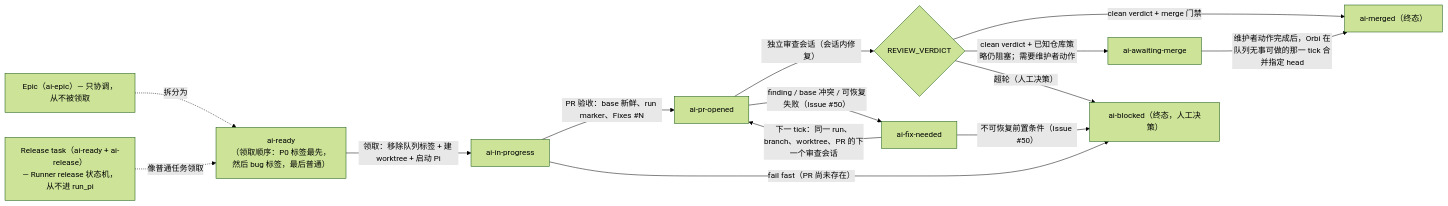
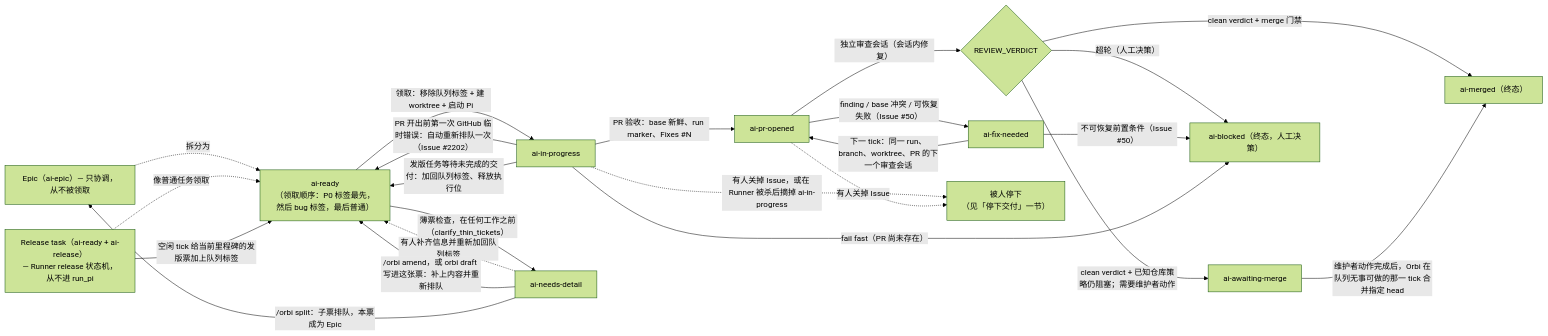
Before and after one commit to orbi-build/orbi: the diagram in docs/zh/workflow.mdx, drawn with Mermaid (forest theme). The commit also changed 1 other file, not shown here.

Commit message:
docs: draw the back-to-queue and stop edges on the workflow state diagram (#2340)
* docs: draw the back-to-queue and stop edges on the workflow state diagram

* docs: draw the re-dispatch and idle release arming edges too

````diff
--- a/docs/zh/workflow.mdx
+++ b/docs/zh/workflow.mdx
@@ -28,19 +28,28 @@
 ```mermaid
 flowchart LR
   epic["Epic（ai-epic）— 只协调，从不被领取"]
   epic -.拆分为.-> ready
   release["Release task（ai-ready + ai-release）<br/>— Runner release 状态机，从不进 run_pi"]
   release -.像普通任务领取.-> ready
   ready["ai-ready<br/>（领取顺序：P0 标签最先，然后 bug 标签，最后普通）"]
   ready -->|领取：移除队列标签 + 建 worktree + 启动 Pi| progress["ai-in-progress"]
   progress -->|PR 验收：base 新鲜、run marker、Fixes #N| opened["ai-pr-opened"]
   opened -->|独立审查会话（会话内修复）| verdict{"REVIEW_VERDICT"}
   verdict -->|clean verdict + merge 门禁| merged["ai-merged（终态）"]
   verdict -->|clean verdict + 已知仓库策略仍阻塞；需要维护者动作| awaiting["ai-awaiting-merge"]
   awaiting -->|维护者动作完成后，Orbi 在队列无事可做的那一 tick 合并指定 head| merged
   verdict -->|超轮（人工决策）| blocked["ai-blocked（终态，人工决策）"]
   opened -->|finding / base 冲突 / 可恢复失败（Issue #50）| fixneeded["ai-fix-needed"]
   fixneeded -->|下一 tick：同一 run、branch、worktree、PR 的下一个审查会话| opened
   fixneeded -->|不可恢复前置条件（Issue #50）| blocked
   progress -->|fail fast（PR 尚未存在）| blocked
+  ready -->|薄票检查，在任何工作之前（clarify_thin_tickets）| needsdetail["ai-needs-detail"]
+  needsdetail -.->|有人补齐信息并重新加回队列标签| ready
+  needsdetail -->|/orbi amend，或 orbi draft 写进这张票：补上内容并重新排队| ready
+  needsdetail -->|/orbi split：子票排队，本票成为 Epic| epic
+  release -->|空闲 tick 给当前里程碑的发版票加上队列标签| ready
+  progress -->|PR 开出前第一次 GitHub 临时错误：自动重新排队一次（Issue #2202）| ready
+  progress -->|发版任务等待未完成的交付：加回队列标签、释放执行位| ready
+  progress -.->|有人关掉 Issue，或在 Runner 被杀后摘掉 ai-in-progress| stopped["被人停下<br/>（见「停下交付」一节）"]
+  opened -.->|有人关掉 Issue| stopped
 ```
````
